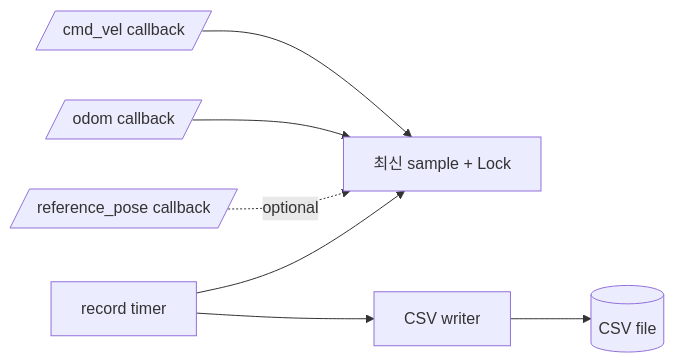
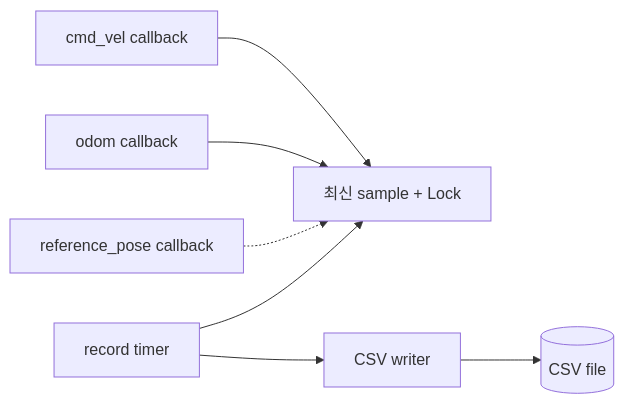
One commit to grade-e/odometry-calibrator changed the sixth of 7 diagrams in docs/usage_and_architecture.md. Above: the diagram before and after it, drawn with Mermaid. The commit also changed other lines of this file, not shown here.

Commit message:
Fix Mermaid diagram formatting

````diff
--- a/docs/usage_and_architecture.md
+++ b/docs/usage_and_architecture.md
@@ -297,9 +297,9 @@
 ```mermaid
 flowchart LR
-    CmdCb[/cmd_vel callback/] --> Latest[최신 sample + Lock]
-    OdomCb[/odom callback/] --> Latest
-    RefCb[/reference_pose callback/] -. optional .-> Latest
-    Timer[record timer] --> Latest
-    Timer --> CsvWriter[CSV writer]
-    CsvWriter --> Csv[(CSV file)]
+    cmd_cb["cmd_vel callback"] --> latest["최신 sample + Lock"]
+    odom_cb["odom callback"] --> latest
+    ref_cb["reference_pose callback"] -.-> latest
+    timer["record timer"] --> latest
+    timer --> csv_writer["CSV writer"]
+    csv_writer --> csv[("CSV file")]
 ```
````
